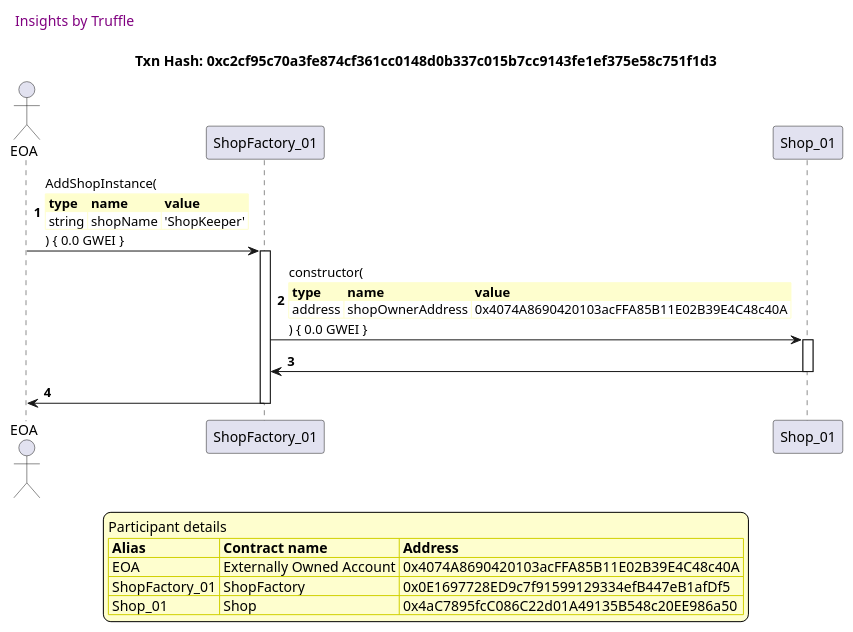
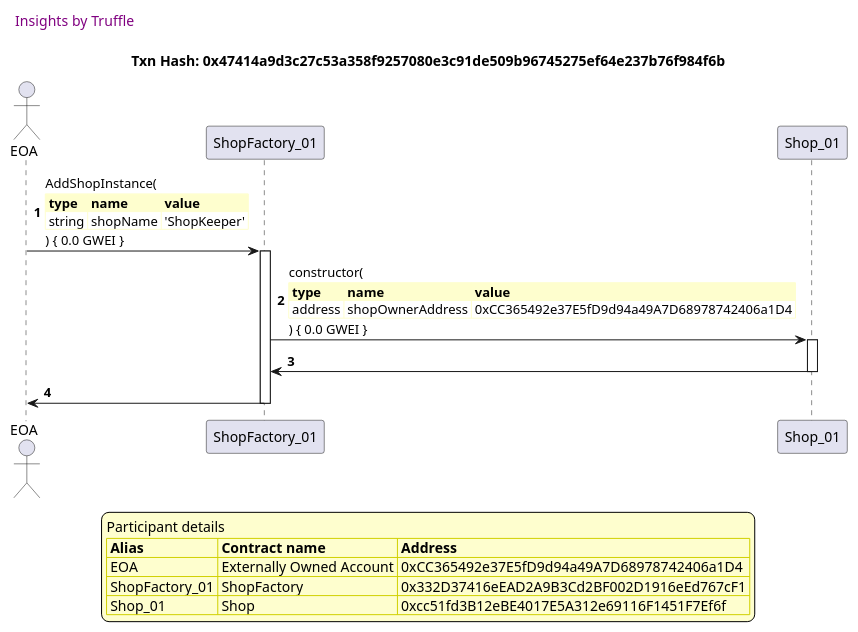
One commit to thedarkjester/ConsensysAssignment changed the sixth of 58 diagrams in truffle-seq/Shop_test_shopfactory_manage_shop.md. Above: the diagram before and after it, drawn with PlantUML. The commit also changed other lines of this file and 13 other files, not shown here.

````diff
--- a/truffle-seq/Shop_test_shopfactory_manage_shop.md
+++ b/truffle-seq/Shop_test_shopfactory_manage_shop.md
@@ -252,47 +252,47 @@
 ```plantuml
 
 
 @startuml
 
 autonumber
 skinparam legendBackgroundColor #FEFECE
 
 <style>
       header {
         HorizontalAlignment left
         FontColor purple
         FontSize 14
         Padding 10
       }
     </style>
 
 header Insights by Truffle
 
-title Txn Hash: 0xc2cf95c70a3fe874cf361cc0148d0b337c015b7cc9143fe1ef375e58c751f1d3
+title Txn Hash: 0x47414a9d3c27c53a358f9257080e3c91de509b96745275ef64e237b76f984f6b
 
 
 actor EOA as "EOA"
 participant ShopFactory_01 as "ShopFactory_01"
 participant Shop_01 as "Shop_01"
 
 "EOA" -> "ShopFactory_01" ++: AddShopInstance(\n\
 <#FEFECE,#FEFECE>|= type |= name |= value |\n\
 | string | shopName | 'ShopKeeper' |\n\
 ) { 0.0 GWEI }
 "ShopFactory_01" -> "Shop_01" ++: constructor(\n\
 <#FEFECE,#FEFECE>|= type |= name |= value |\n\
-| address | shopOwnerAddress | 0x4074A8690420103acFFA85B11E02B39E4C48c40A |\n\
+| address | shopOwnerAddress | 0xCC365492e37E5fD9d94a49A7D68978742406a1D4 |\n\
 ) { 0.0 GWEI }
 "Shop_01" -> "ShopFactory_01" --: 
 "ShopFactory_01" -> "EOA" --: 
 
 legend
 Participant details
 <#FEFECE,#D0D000>|= Alias |= Contract name |= Address |
-<#FEFECE>| EOA | Externally Owned Account | 0x4074A8690420103acFFA85B11E02B39E4C48c40A |
-<#FEFECE>| ShopFactory_01 | ShopFactory | 0x0E1697728ED9c7f91599129334efB447eB1afDf5 |
-<#FEFECE>| Shop_01 | Shop | 0x4aC7895fcC086C22d01A49135B548c20EE986a50 |
+<#FEFECE>| EOA | Externally Owned Account | 0xCC365492e37E5fD9d94a49A7D68978742406a1D4 |
+<#FEFECE>| ShopFactory_01 | ShopFactory | 0x332D37416eEAD2A9B3Cd2BF002D1916eEd767cF1 |
+<#FEFECE>| Shop_01 | Shop | 0xcc51fd3B12eBE4017E5A312e69116F1451F7Ef6f |
 endlegend
 
 @enduml
 ```
````
